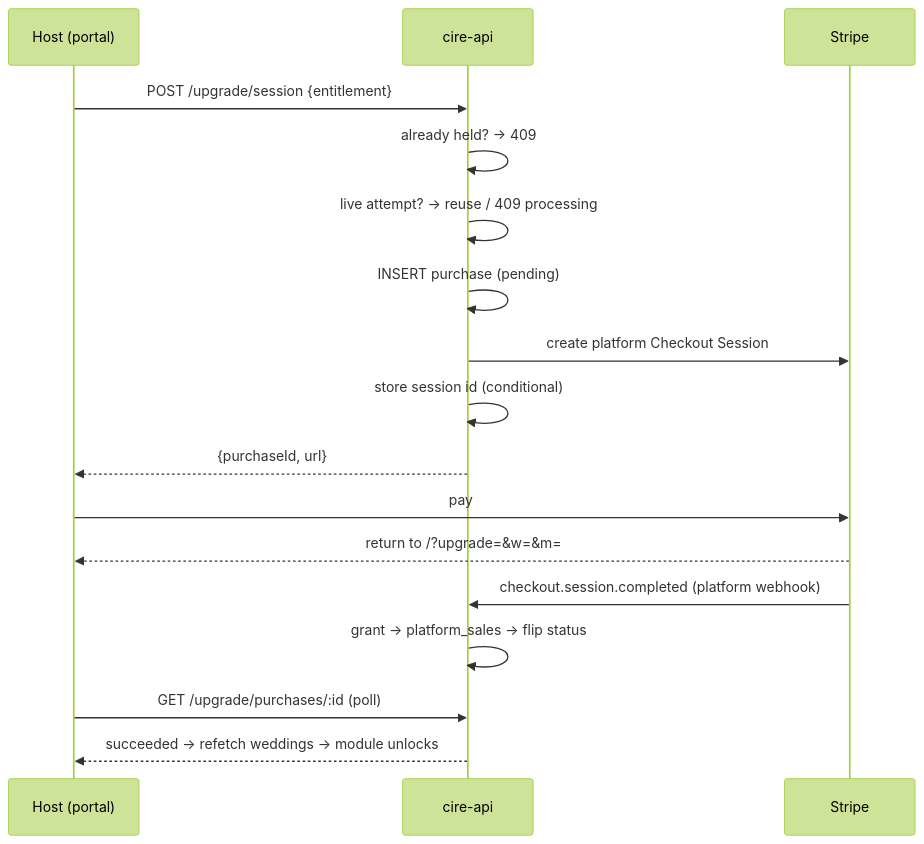
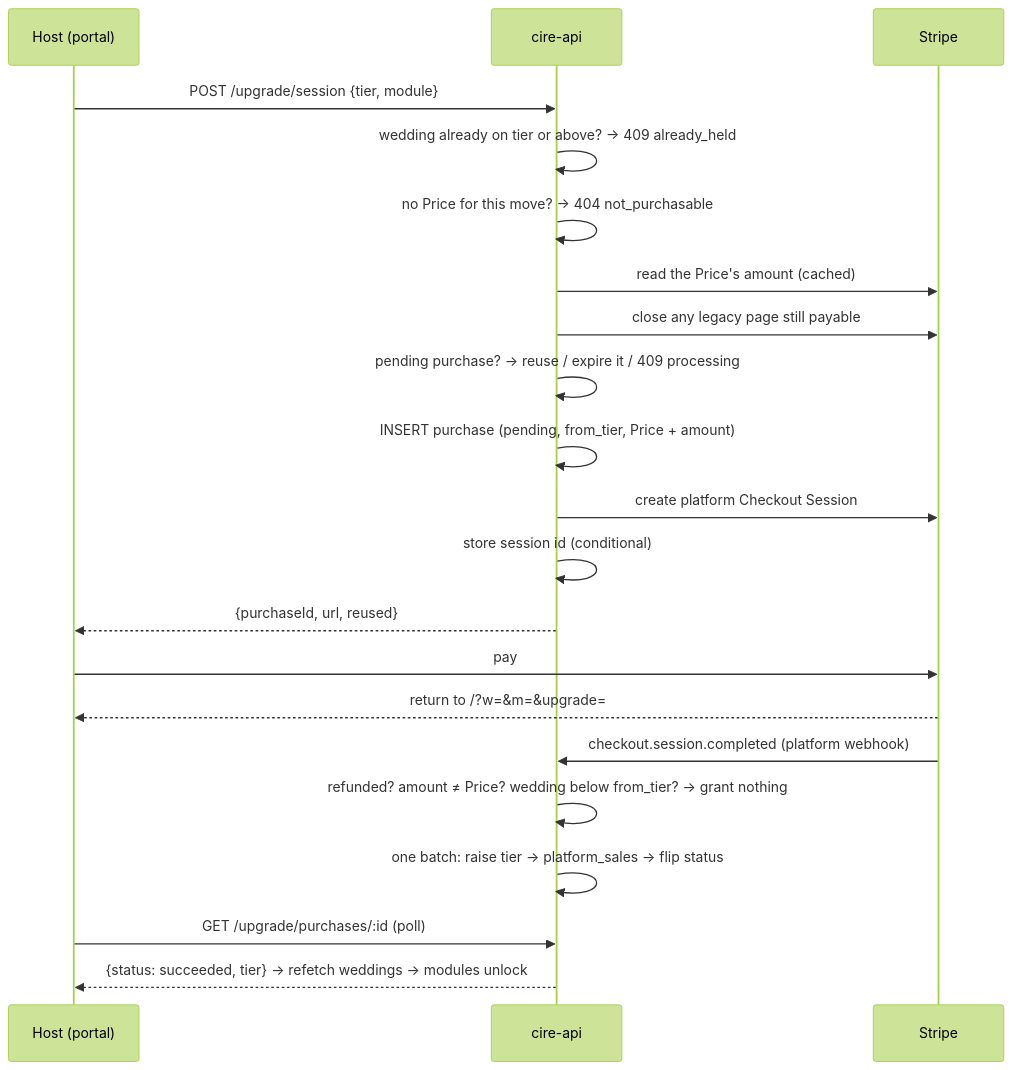
One commit to englishstreetventures/osn changed the diagram in wiki/cire/cire-upgrades.md. Above: the diagram before and after it, drawn with Mermaid (forest theme). The commit also changed other lines of this file and 153 other files, not shown here.

````diff
--- a/wiki/cire/cire-upgrades.md
+++ b/wiki/cire/cire-upgrades.md
@@ -49,19 +65,23 @@
 ```mermaid
 sequenceDiagram
     participant H as Host (portal)
     participant A as cire-api
     participant S as Stripe
-    H->>A: POST /upgrade/session {entitlement}
-    A->>A: already held? → 409
-    A->>A: live attempt? → reuse / 409 processing
-    A->>A: INSERT purchase (pending)
+    H->>A: POST /upgrade/session {tier, module}
+    A->>A: wedding already on tier or above? → 409 already_held
+    A->>A: no Price for this move? → 404 not_purchasable
+    A->>S: read the Price's amount (cached)
+    A->>S: close any legacy page still payable
+    A->>A: pending purchase? → reuse / expire it / 409 processing
+    A->>A: INSERT purchase (pending, from_tier, Price + amount)
     A->>S: create platform Checkout Session
     A->>A: store session id (conditional)
-    A-->>H: {purchaseId, url}
+    A-->>H: {purchaseId, url, reused}
     H->>S: pay
-    S-->>H: return to /?upgrade=&w=&m=
+    S-->>H: return to /?w=&m=&upgrade=
     S->>A: checkout.session.completed (platform webhook)
-    A->>A: grant → platform_sales → flip status
+    A->>A: refunded? amount ≠ Price? wedding below from_tier? → grant nothing
+    A->>A: one batch: raise tier → platform_sales → flip status
     H->>A: GET /upgrade/purchases/:id (poll)
-    A-->>H: succeeded → refetch weddings → module unlocks
+    A-->>H: {status: succeeded, tier} → refetch weddings → modules unlock
 ```
````
